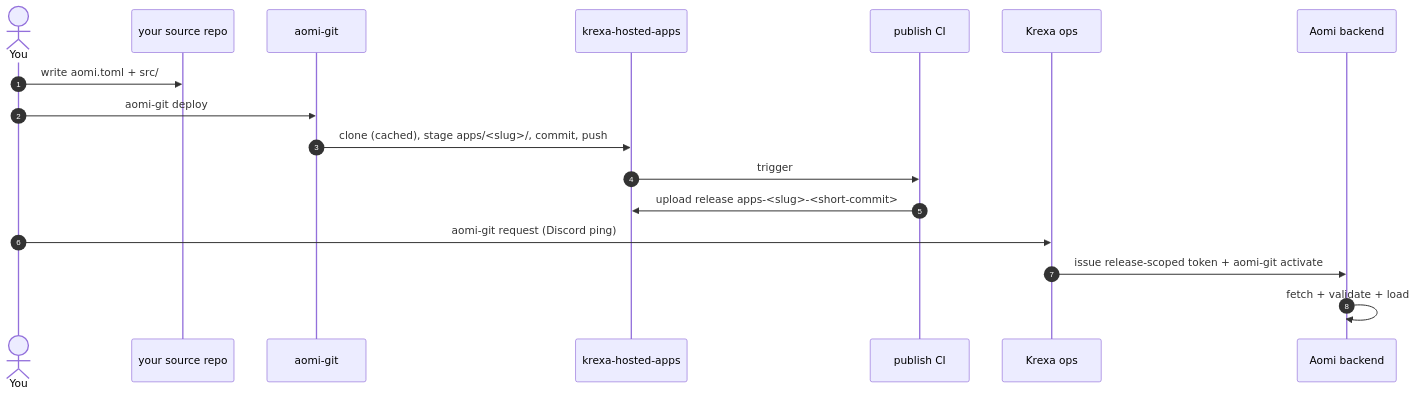
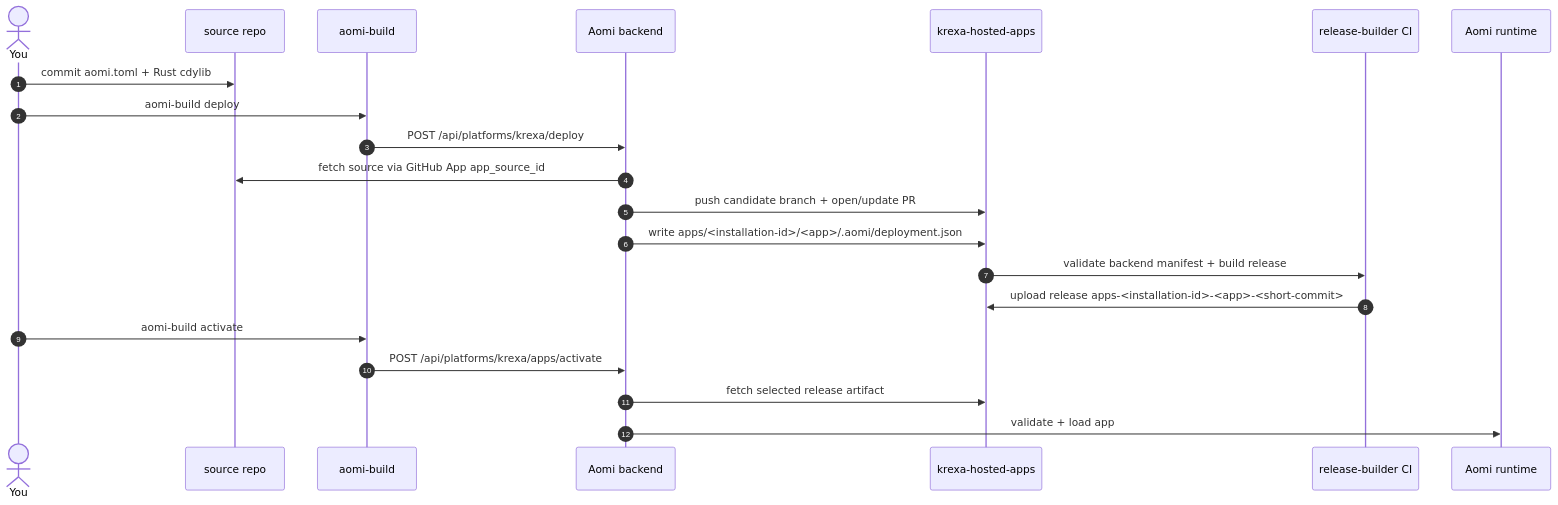
One commit to aomi-labs/krexa-hosted-apps changed the diagram in CONTRIBUTING.md. Above: the diagram before and after it, drawn with Mermaid. The commit also changed other lines of this file and 1 other file, not shown here.

Commit message:
docs: document backend-owned hosted app flow

````diff
--- a/CONTRIBUTING.md
+++ b/CONTRIBUTING.md
@@ -10,20 +27,24 @@
 ```mermaid
 sequenceDiagram
     autonumber
     actor You
-    participant Src as your source repo
-    participant CLI as aomi-git
+    participant Src as source repo
+    participant CLI as aomi-build
+    participant BE as Aomi backend
     participant Repo as krexa-hosted-apps
-    participant CI as publish CI
-    participant Ops as Krexa ops
-    participant BE as Aomi backend
+    participant CI as release-builder CI
+    participant RT as Aomi runtime
 
-    You->>Src: write aomi.toml + src/
-    You->>CLI: aomi-git deploy
-    CLI->>Repo: clone (cached), stage apps/<slug>/, commit, push
-    Repo->>CI: trigger
-    CI->>Repo: upload release apps-<slug>-<short-commit>
-    You->>Ops: aomi-git request (Discord ping)
-    Ops->>BE: issue release-scoped token + aomi-git activate
-    BE->>BE: fetch + validate + load
+    You->>Src: commit aomi.toml + Rust cdylib
+    You->>CLI: aomi-build deploy
+    CLI->>BE: POST /api/platforms/krexa/deploy
+    BE->>Src: fetch source via GitHub App app_source_id
+    BE->>Repo: push candidate branch + open/update PR
+    BE->>Repo: write apps/<installation-id>/<app>/.aomi/deployment.json
+    Repo->>CI: validate backend manifest + build release
+    CI->>Repo: upload release apps-<installation-id>-<app>-<short-commit>
+    You->>CLI: aomi-build activate
+    CLI->>BE: POST /api/platforms/krexa/apps/activate
+    BE->>Repo: fetch selected release artifact
+    BE->>RT: validate + load app
 ```
````
